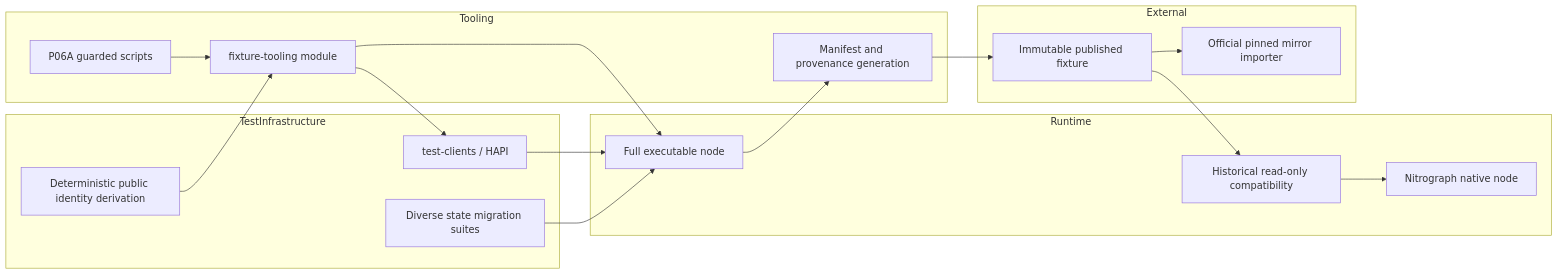
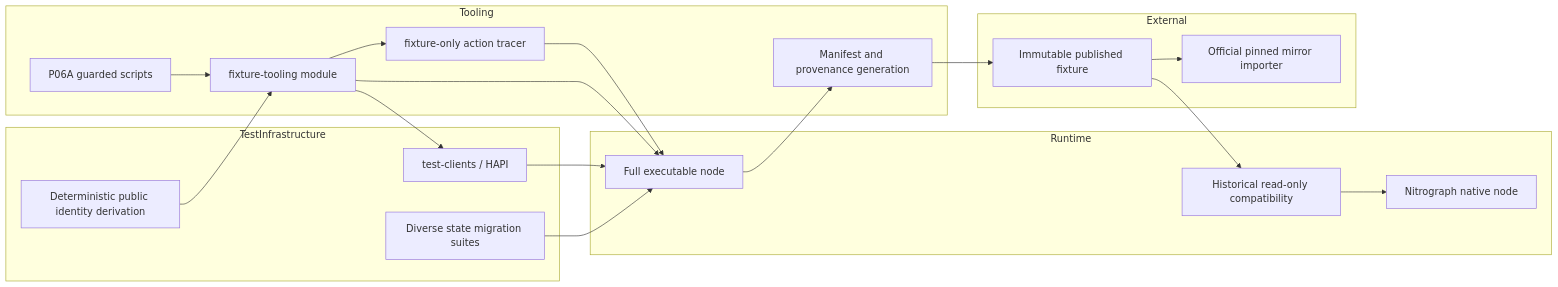
The diagram in docs/nitrograph/P07_FIXTURE_TOOLING_ARCHITECTURE.md (nitrographtech/agent-native-hashgraph-hiero), drawn with Mermaid before and after one commit. The commit also changed other lines of this file and 35 other files, not shown here.

Commit message:
P07-3A isolate fixture action tracing

````diff
--- a/docs/nitrograph/P07_FIXTURE_TOOLING_ARCHITECTURE.md
+++ b/docs/nitrograph/P07_FIXTURE_TOOLING_ARCHITECTURE.md
@@ -5,37 +5,40 @@
 ```mermaid
 flowchart LR
   subgraph Runtime
     NATIVE[Nitrograph native node]
     FULL[Full executable node]
     HIST[Historical read-only compatibility]
   end
 
   subgraph Tooling
     FT[fixture-tooling module]
+    TRACE[fixture-only action tracer]
     ORCH[P06A guarded scripts]
     MANIFEST[Manifest and provenance generation]
   end
 
   subgraph TestInfrastructure
     HAPI[test-clients / HAPI]
     DIVERSE[Diverse state migration suites]
     ID[Deterministic public identity derivation]
   end
 
   subgraph External
     RELEASE[Immutable published fixture]
     MIRROR[Official pinned mirror importer]
   end
 
   ORCH --> FT
+  FT --> TRACE
+  TRACE --> FULL
   FT --> HAPI
   FT --> FULL
   HAPI --> FULL
   DIVERSE --> FULL
   ID --> FT
   FULL --> MANIFEST
   MANIFEST --> RELEASE
   RELEASE --> HIST
   HIST --> NATIVE
   RELEASE --> MIRROR
 ```
````
